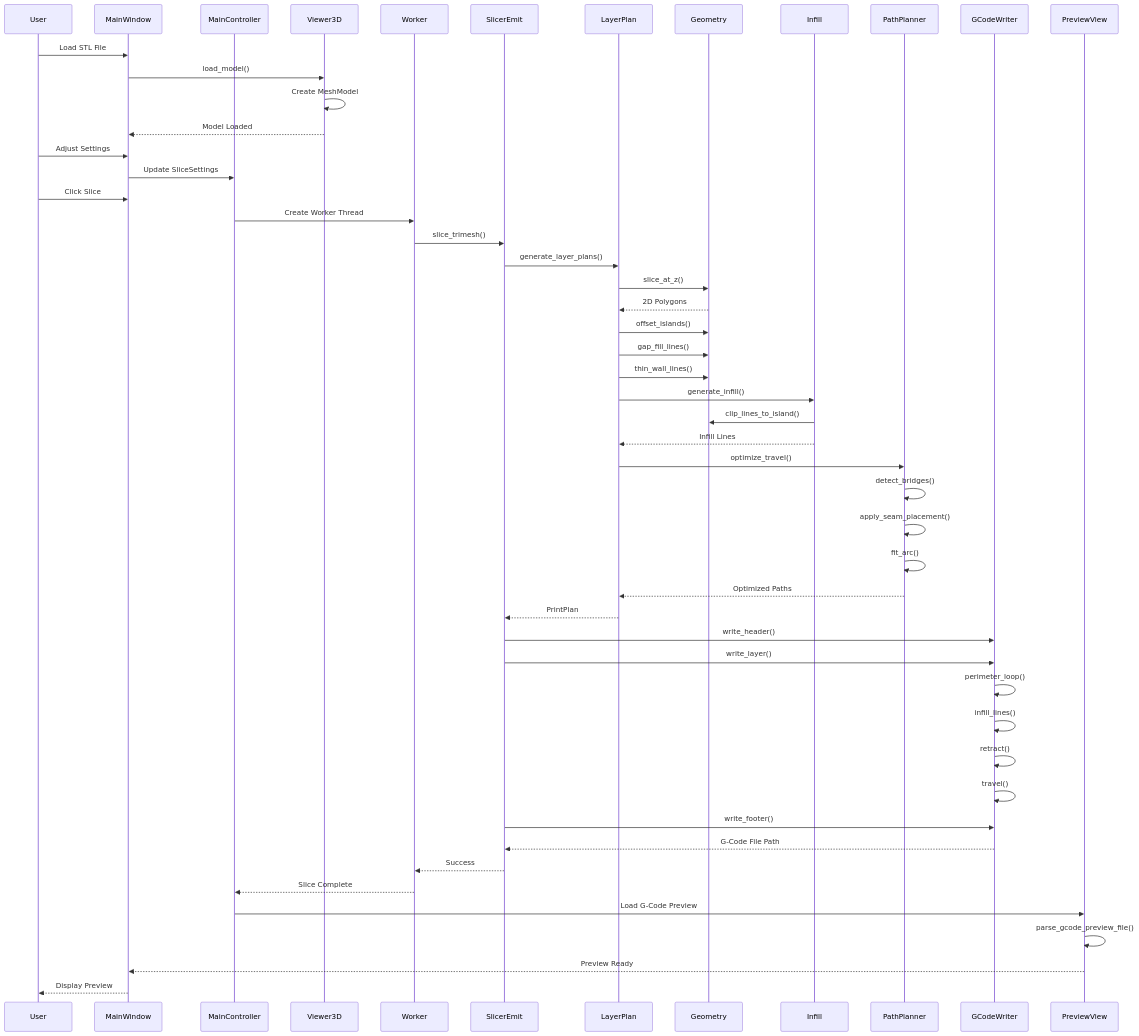
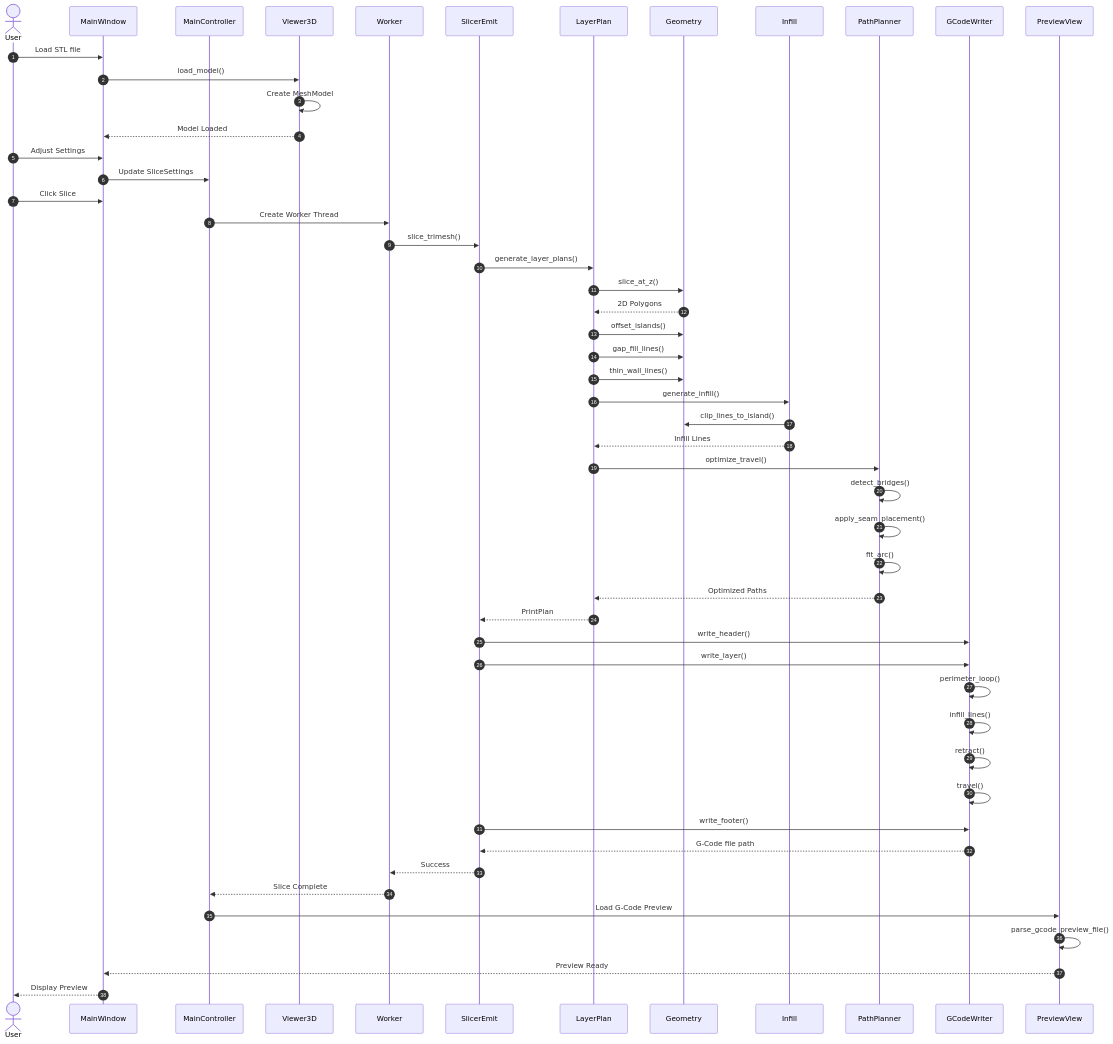
One commit to Electrovian/Project-PrintNet changed the diagram in Research/MitchellCharts/charts/component_interaction_flow.md. Above: the diagram before and after it, drawn with Mermaid. The commit also changed 11275 other files, not shown here.

````diff
--- a/Research/MitchellCharts/charts/component_interaction_flow.md
+++ b/Research/MitchellCharts/charts/component_interaction_flow.md
@@ -3,63 +3,64 @@
 ```mermaid
 sequenceDiagram
-    participant User
+    autonumber
+    actor User
     participant MainWindow
     participant MainController
     participant Viewer3D
     participant Worker
     participant SlicerEmit
     participant LayerPlan
     participant Geometry
     participant Infill
     participant PathPlanner
     participant GCodeWriter
     participant PreviewView
 
-    User->>MainWindow: Load STL File
+    User->>MainWindow: Load STL file
     MainWindow->>Viewer3D: load_model()
     Viewer3D->>Viewer3D: Create MeshModel
     Viewer3D-->>MainWindow: Model Loaded
 
     User->>MainWindow: Adjust Settings
     MainWindow->>MainController: Update SliceSettings
 
     User->>MainWindow: Click Slice
     MainController->>Worker: Create Worker Thread
     Worker->>SlicerEmit: slice_trimesh()
 
     SlicerEmit->>LayerPlan: generate_layer_plans()
     LayerPlan->>Geometry: slice_at_z()
     Geometry-->>LayerPlan: 2D Polygons
 
     LayerPlan->>Geometry: offset_islands()
     LayerPlan->>Geometry: gap_fill_lines()
     LayerPlan->>Geometry: thin_wall_lines()
 
     LayerPlan->>Infill: generate_infill()
     Infill->>Geometry: clip_lines_to_island()
     Infill-->>LayerPlan: Infill Lines
 
     LayerPlan->>PathPlanner: optimize_travel()
     PathPlanner->>PathPlanner: detect_bridges()
     PathPlanner->>PathPlanner: apply_seam_placement()
     PathPlanner->>PathPlanner: fit_arc()
     PathPlanner-->>LayerPlan: Optimized Paths
 
     LayerPlan-->>SlicerEmit: PrintPlan
 
     SlicerEmit->>GCodeWriter: write_header()
     SlicerEmit->>GCodeWriter: write_layer()
     GCodeWriter->>GCodeWriter: perimeter_loop()
     GCodeWriter->>GCodeWriter: infill_lines()
     GCodeWriter->>GCodeWriter: retract()
     GCodeWriter->>GCodeWriter: travel()
     SlicerEmit->>GCodeWriter: write_footer()
-    GCodeWriter-->>SlicerEmit: G-Code File Path
+    GCodeWriter-->>SlicerEmit: G-Code file path
 
     SlicerEmit-->>Worker: Success
     Worker-->>MainController: Slice Complete
     MainController->>PreviewView: Load G-Code Preview
     PreviewView->>PreviewView: parse_gcode_preview_file()
     PreviewView-->>MainWindow: Preview Ready
     MainWindow-->>User: Display Preview
 ```
````
